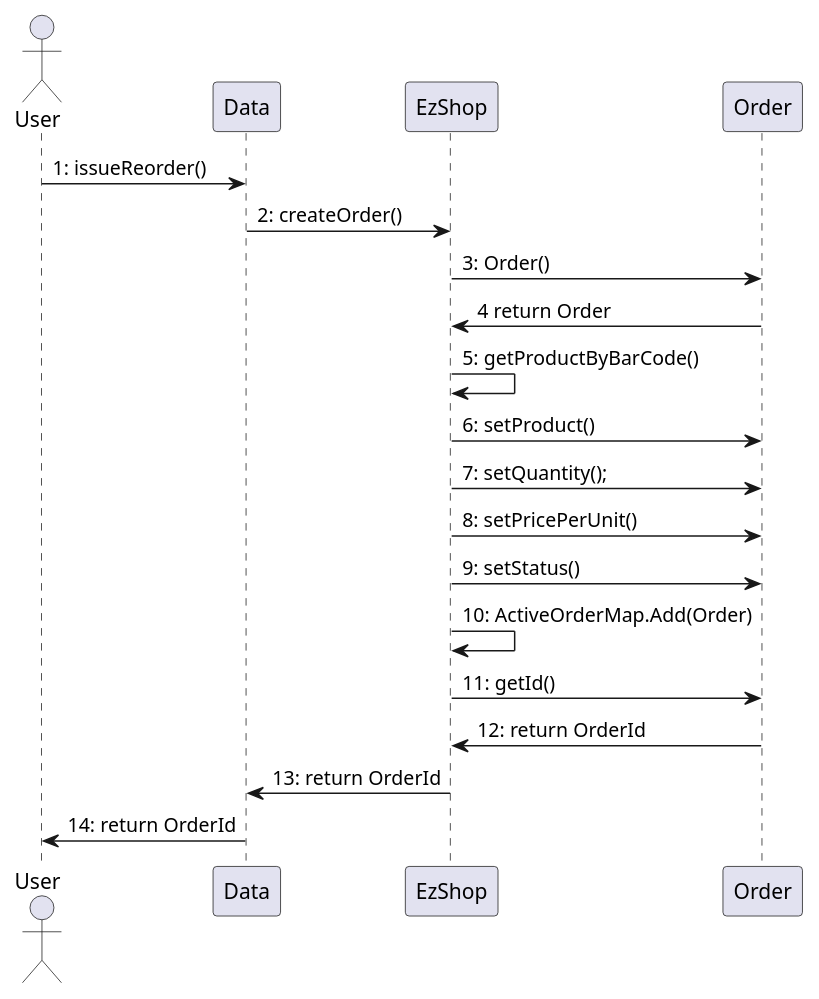
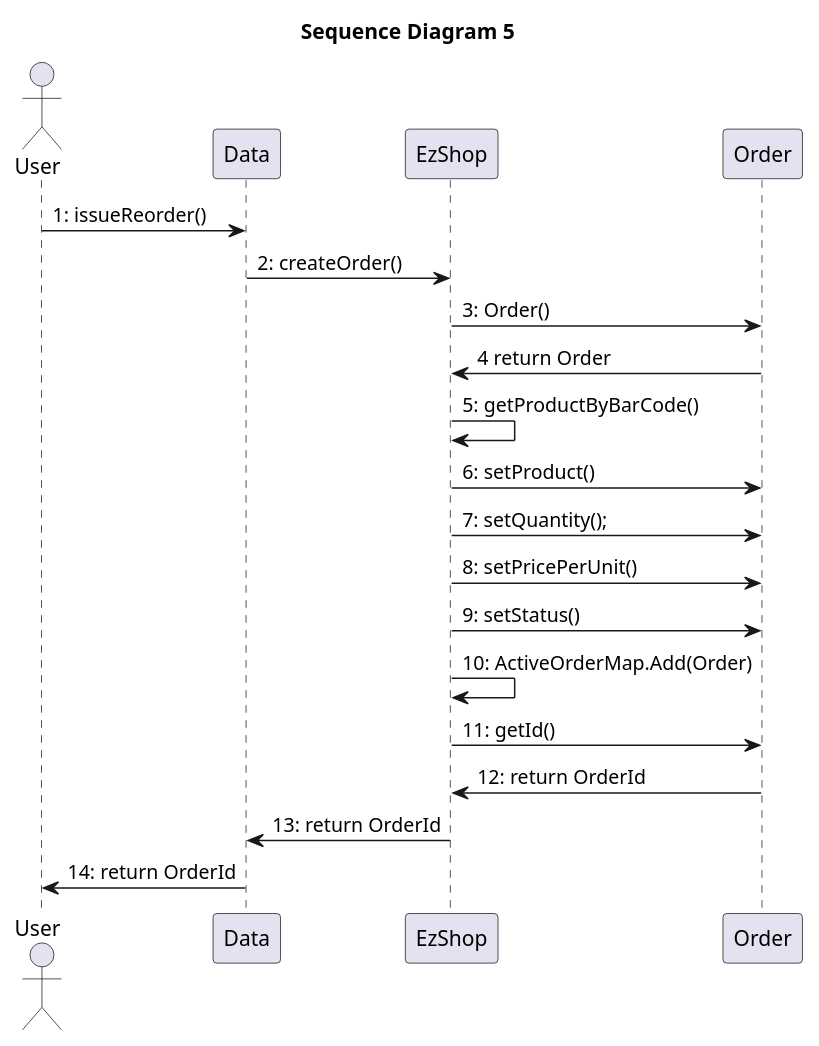
The seventh of 15 diagrams in Deliverables/DesignDocument.md (paolotron/EzshoProject31), drawn with PlantUML before and after one commit. The commit also changed other lines of this file, not shown here.

Commit message:
Updated sequence diagram's titles .md

````diff
--- a/Deliverables/DesignDocument.md
+++ b/Deliverables/DesignDocument.md
@@ -400,24 +404,24 @@
 ``` plantuml
 @startuml
-
+title "Sequence Diagram 5"
 actor User as U1
 participant Data
 participant EzShop
 participant Order as O
 
 U1->Data: 1: issueReorder()
 Data->EzShop: 2: createOrder()
 EzShop->O: 3: Order()
 O->EzShop: 4 return Order
 EzShop->EzShop: 5: getProductByBarCode()
 EzShop->O: 6: setProduct()
 EzShop->O: 7: setQuantity();
 EzShop->O: 8: setPricePerUnit()
 EzShop->O: 9: setStatus()
 EzShop->EzShop: 10: ActiveOrderMap.Add(Order)
 EzShop->O: 11: getId()
 O->EzShop: 12: return OrderId
 EzShop->Data: 13: return OrderId
 Data->U1: 14: return OrderId
 @enduml
 ```
````
